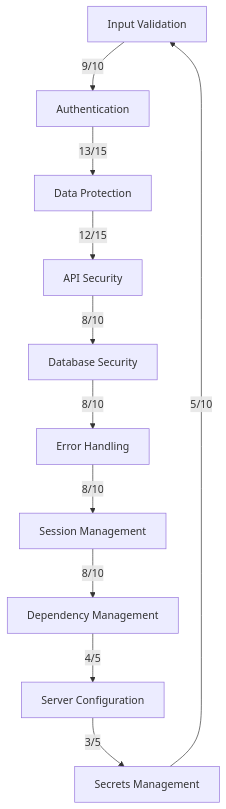
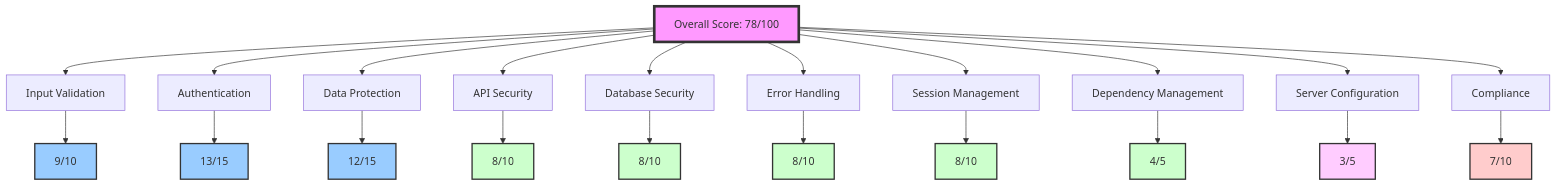
Before and after one commit to danbiocchi/oxidizedoasis-websands: the fifth of 6 diagrams in docs/Security_Audit.md, drawn with Mermaid. The commit also changed other lines of this file, not shown here.

````diff
--- a/docs/Security_Audit.md
+++ b/docs/Security_Audit.md
@@ -168,13 +121,36 @@
 ```mermaid
 graph TD
-    A[Input Validation] -->|9/10| B[Authentication]
-    B -->|13/15| C[Data Protection]
-    C -->|12/15| D[API Security]
-    D -->|8/10| E[Database Security]
-    E -->|8/10| F[Error Handling]
-    F -->|8/10| G[Session Management]
-    G -->|8/10| H[Dependency Management]
-    H -->|4/5| I[Server Configuration]
-    I -->|3/5| J[Secrets Management]
-    J -->|5/10| A
+    A[Overall Score: 78/100] --> B[Input Validation]
+    A --> C[Authentication]
+    A --> D[Data Protection]
+    A --> E[API Security]
+    A --> F[Database Security]
+    A --> G[Error Handling]
+    A --> H[Session Management]
+    A --> I[Dependency Management]
+    A --> J[Server Configuration]
+    A --> K[Compliance]
+    
+    B --> B1[9/10]
+    C --> C1[13/15]
+    D --> D1[12/15]
+    E --> E1[8/10]
+    F --> F1[8/10]
+    G --> G1[8/10]
+    H --> H1[8/10]
+    I --> I1[4/5]
+    J --> J1[3/5]
+    K --> K1[7/10]
+
+    style A fill:#f9f,stroke:#333,stroke-width:4px
+    style B1 fill:#9cf,stroke:#333,stroke-width:2px
+    style C1 fill:#9cf,stroke:#333,stroke-width:2px
+    style D1 fill:#9cf,stroke:#333,stroke-width:2px
+    style E1 fill:#cfc,stroke:#333,stroke-width:2px
+    style F1 fill:#cfc,stroke:#333,stroke-width:2px
+    style G1 fill:#cfc,stroke:#333,stroke-width:2px
+    style H1 fill:#cfc,stroke:#333,stroke-width:2px
+    style I1 fill:#cfc,stroke:#333,stroke-width:2px
+    style J1 fill:#fcf,stroke:#333,stroke-width:2px
+    style K1 fill:#fcc,stroke:#333,stroke-width:2px
 ```
````
